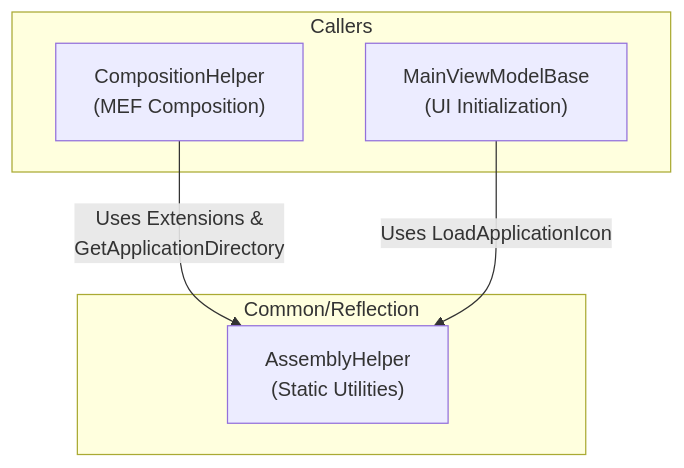
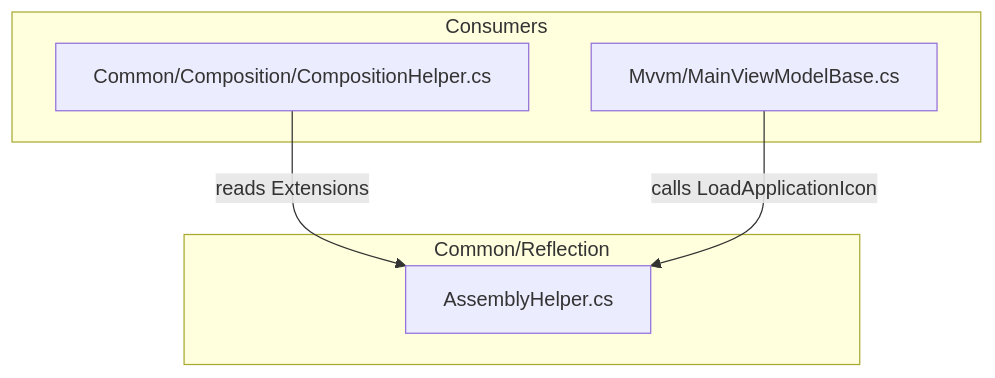
Before and after one commit to wetzlmaier-scch/mvvm: the diagram in doc/Common/Reflection.md, drawn with Mermaid. The commit also changed other lines of this file and 111 other files, not shown here.

````diff
--- a/doc/Common/Reflection.md
+++ b/doc/Common/Reflection.md
@@ -26,14 +21,14 @@
 ```mermaid
 flowchart TD
     subgraph "Common/Reflection"
-        AH["AssemblyHelper<br/>(Static Utilities)"]
+        AH["AssemblyHelper.cs"]
     end
-    
-    subgraph "Callers"
-        CH["CompositionHelper<br/>(MEF Composition)"]
-        MVVB["MainViewModelBase<br/>(UI Initialization)"]
+
+    subgraph "Consumers"
+        CH["Common/Composition/CompositionHelper.cs"]
+        MVMB["Mvvm/MainViewModelBase.cs"]
     end
-    
-    CH -->|Uses Extensions &<br/>GetApplicationDirectory| AH
-    MVVB -->|Uses LoadApplicationIcon| AH
+
+    CH -->|reads Extensions| AH
+    MVMB -->|calls LoadApplicationIcon| AH
 ```
````
